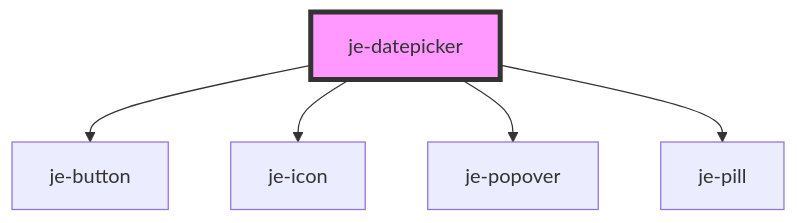
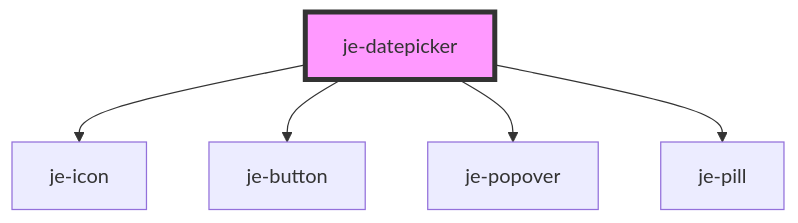
Before and after one commit to pgreen00/jebamo: the diagram in packages/docs/docs/components/je-datepicker/readme.md, drawn with Mermaid. The commit also changed other lines of this file and 228 other files, not shown here.

````diff
--- a/packages/docs/docs/components/je-datepicker/readme.md
+++ b/packages/docs/docs/components/je-datepicker/readme.md
@@ -37,8 +37,8 @@
 ```mermaid
 graph TD;
+  je-datepicker --> je-icon
   je-datepicker --> je-button
-  je-datepicker --> je-icon
   je-datepicker --> je-popover
   je-datepicker --> je-pill
   style je-datepicker fill:#f9f,stroke:#333,stroke-width:4px
 ```
````
